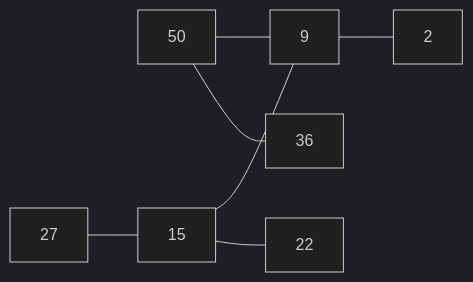
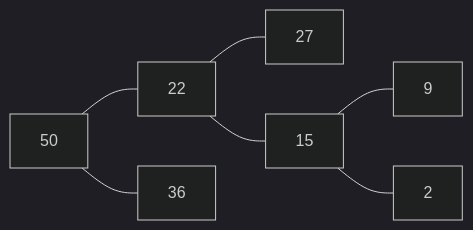
Diagram 11 of 12 in 2. Letnik/Podatkovne strukture in algoritmi/Untitledbb.md (Tiggax/Zapiski), drawn with Mermaid (dark theme) before and after one commit. The commit also changed other lines of this file, not shown here.

Commit message:
flyingarchie backup: 2021-11-10 17:12:28

````diff
--- a/2. Letnik/Podatkovne strukture in algoritmi/Untitledbb.md
+++ b/2. Letnik/Podatkovne strukture in algoritmi/Untitledbb.md
@@ -220,17 +220,17 @@
 ```mermaid
 graph LR
 
 B[27]
 C[50]
 D[2]
 E[15]
 A[9]
 F[22]
 G[36]
-C---
-A---D
+C---G
+C---F
+F---B
+F---E
 E---A
-E---F
-B---E
-C---G
+E---D
 ```
````
